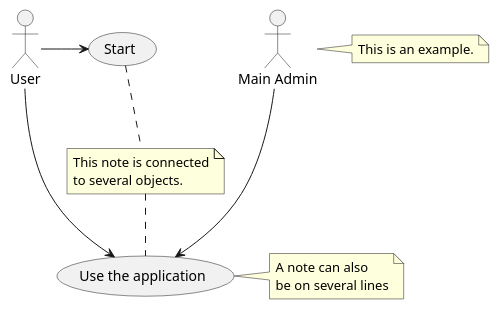
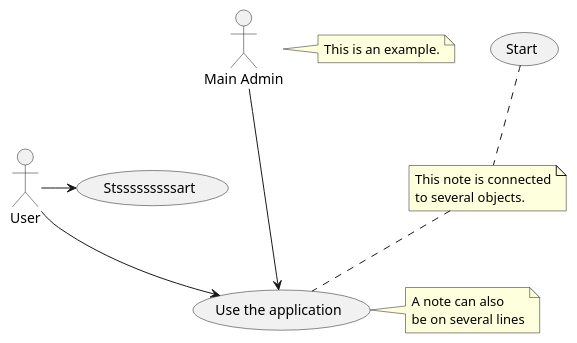
Before and after one commit to mih1tm/APP_PROTOTIP: the diagram in UseCase.puml, drawn with PlantUML.

```diff
--- a/UseCase.puml
+++ b/UseCase.puml
@@ -1,22 +1,22 @@
 @startuml
 'https://plantuml.com/use-case-diagram
 
 :Main Admin: as Admin
 (Use the application) as (Use)
 
-User -> (Start)
+User -> (Stsssssssssart)
 User --> (Use)
 
 Admin ---> (Use)
 
 note right of Admin : This is an example.
 
 note right of (Use)
 A note can also
 be on several lines
 end note
 
 note "This note is connected\nto several objects." as N2
 (Start) .. N2
 N2 .. (Use)
 @enduml
```
